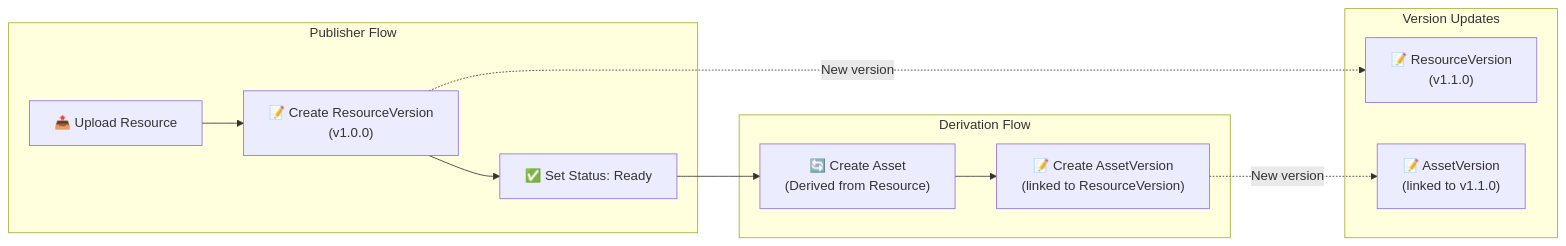
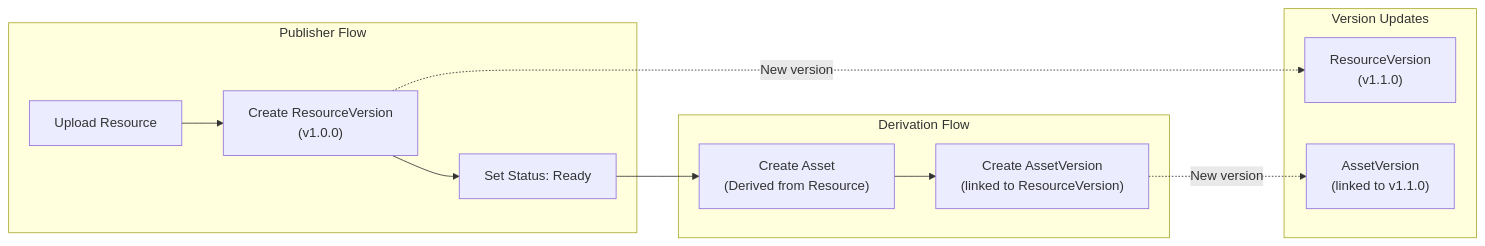
The third of 8 diagrams in docs/ARCHITECTURE.md (Itqan-community/cms-backend), drawn with Mermaid before and after one commit. The commit also changed other lines of this file and 10 other files, not shown here.

````diff
--- a/docs/ARCHITECTURE.md
+++ b/docs/ARCHITECTURE.md
@@ -155,17 +161,17 @@
 ```mermaid
 flowchart LR
     subgraph Publisher Flow
-        A["📤 Upload Resource"] --> B["📝 Create ResourceVersion<br/>(v1.0.0)"]
-        B --> C["✅ Set Status: Ready"]
+        A["Upload Resource"] --> B["Create ResourceVersion<br/>(v1.0.0)"]
+        B --> C["Set Status: Ready"]
     end
 
     subgraph Derivation Flow
-        C --> D["🔄 Create Asset<br/>(Derived from Resource)"]
-        D --> E["📝 Create AssetVersion<br/>(linked to ResourceVersion)"]
+        C --> D["Create Asset<br/>(Derived from Resource)"]
+        D --> E["Create AssetVersion<br/>(linked to ResourceVersion)"]
     end
 
     subgraph Version Updates
-        B -.->|"New version"| F["📝 ResourceVersion<br/>(v1.1.0)"]
-        E -.->|"New version"| G["📝 AssetVersion<br/>(linked to v1.1.0)"]
+        B -.->|"New version"| F["ResourceVersion<br/>(v1.1.0)"]
+        E -.->|"New version"| G["AssetVersion<br/>(linked to v1.1.0)"]
     end
 ```
````
